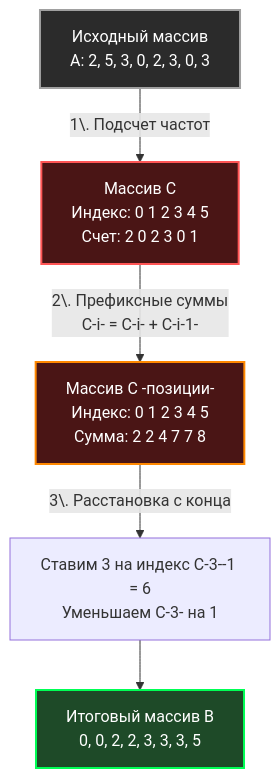
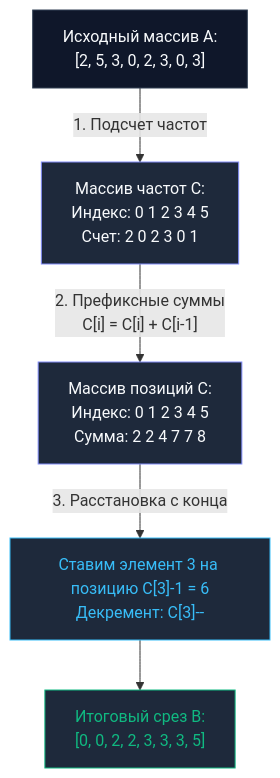
One commit to UnrealTemplier/go-textbook changed the diagram in sources/20. Алгоритмы и структуры данных (DSA) на Go/08. Сортировки/6. Counting sort.md. Above: the diagram before and after it, drawn with Mermaid. The commit also changed other lines of this file, not shown here.

````diff
--- a/sources/20. Алгоритмы и структуры данных (DSA) на Go/08. Сортировки/6. Counting sort.md
+++ b/sources/20. Алгоритмы и структуры данных (DSA) на Go/08. Сортировки/6. Counting sort.md
@@ -18,15 +21,20 @@
 ```mermaid
 flowchart TD
-    A["Исходный массив<br>A: 2, 5, 3, 0, 2, 3, 0, 3"] -->|"1\. Подсчет частот"| B["Массив C<br>Индекс: 0  1  2  3  4  5<br>Счет: 2  0  2  3  0  1"]
+    A["Исходный массив A:<br/>[2, 5, 3, 0, 2, 3, 0, 3]"] -->|"1. Подсчет частот"| B["Массив частот C:<br/>Индекс: 0  1  2  3  4  5<br/>Счет:   2  0  2  3  0  1"]
     
-    B -->|"2\. Префиксные суммы<br>C-i- = C-i- + C-i-1-"| C["Массив C -позиции-<br>Индекс: 0  1  2  3  4  5<br>Сумма: 2  2  4  7  7  8"]
+    B -->|"2. Префиксные суммы<br/>C[i] = C[i] + C[i-1]"| C["Массив позиций C:<br/>Индекс: 0  1  2  3  4  5<br/>Сумма:  2  2  4  7  7  8"]
     
-    C -->|"3\. Расстановка с конца"| D["Ставим 3 на индекс C-3--1 = 6<br>Уменьшаем C-3- на 1"]
+    C -->|"3. Расстановка с конца"| D["Ставим элемент 3 на позицию C[3]-1 = 6<br/>Декремент: C[3]--"]
     
-    D --> E["Итоговый массив B<br>0, 0, 2, 2, 3, 3, 3, 5"]
-    
-    style A fill:#2b2b2b,stroke:#a0a0a0,stroke-width:2px,color:#fff
-    style B fill:#4a1515,stroke:#ff5555,stroke-width:2px,color:#fff
-    style C fill:#4a1515,stroke:#ff8800,stroke-width:2px,color:#fff
-    style E fill:#1e4a28,stroke:#00ff55,stroke-width:2px,color:#fff
+    D --> E["Итоговый срез B:<br/>[0, 0, 2, 2, 3, 3, 3, 5]"]
+
+    classDef default fill:#0f172a,stroke:#334155,color:#f8fafc
+    classDef step fill:#1e293b,stroke:#818cf8,color:#f8fafc
+    classDef count fill:#1e293b,stroke:#38bdf8,color:#38bdf8
+    classDef success fill:#1e293b,stroke:#10b981,color:#10b981
+
+    class A default
+    class B,C step
+    class D count
+    class E success
 ```
````
